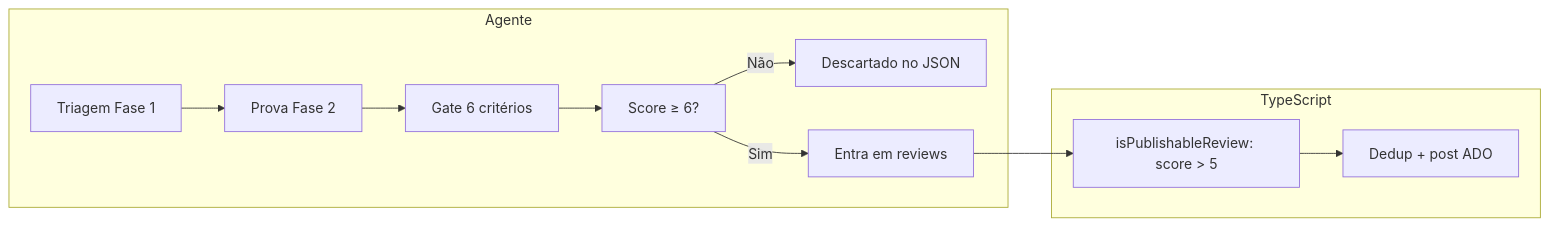
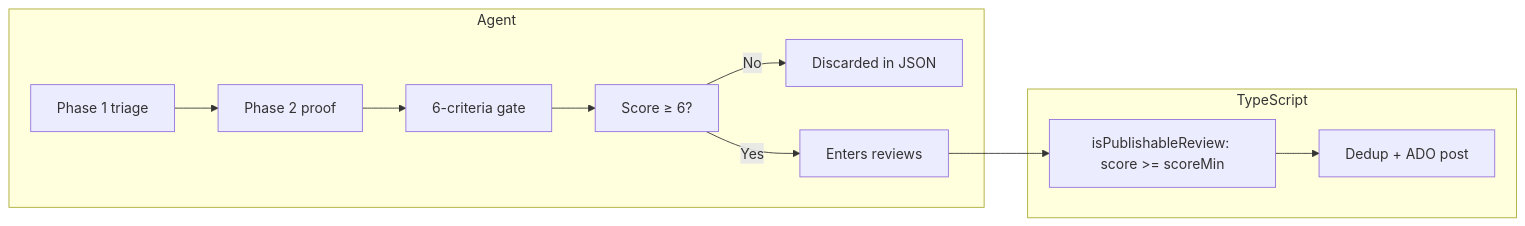
One commit to jpolvora/agentic-code-reviewers changed the second of 2 diagrams in docs/flow-analysis.md. Above: the diagram before and after it, drawn with Mermaid. The commit also changed other lines of this file and 18 other files, not shown here.

````diff
--- a/docs/flow-analysis.md
+++ b/docs/flow-analysis.md
@@ -189,14 +186,14 @@
 ```mermaid
 flowchart LR
-    subgraph Agente
-        A1[Triagem Fase 1] --> A2[Prova Fase 2]
-        A2 --> A3[Gate 6 critérios]
+    subgraph Agent
+        A1[Phase 1 triage] --> A2[Phase 2 proof]
+        A2 --> A3[6-criteria gate]
         A3 --> A4[Score ≥ 6?]
-        A4 -->|Não| X[Descartado no JSON]
-        A4 -->|Sim| Y[Entra em reviews]
+        A4 -->|No| X[Discarded in JSON]
+        A4 -->|Yes| Y[Enters reviews]
     end
     subgraph TypeScript
-        Y --> B1[isPublishableReview: score > 5]
-        B1 --> B2[Dedup + post ADO]
+        Y --> B1[isPublishableReview: score >= scoreMin]
+        B1 --> B2[Dedup + ADO post]
     end
 ```
````
